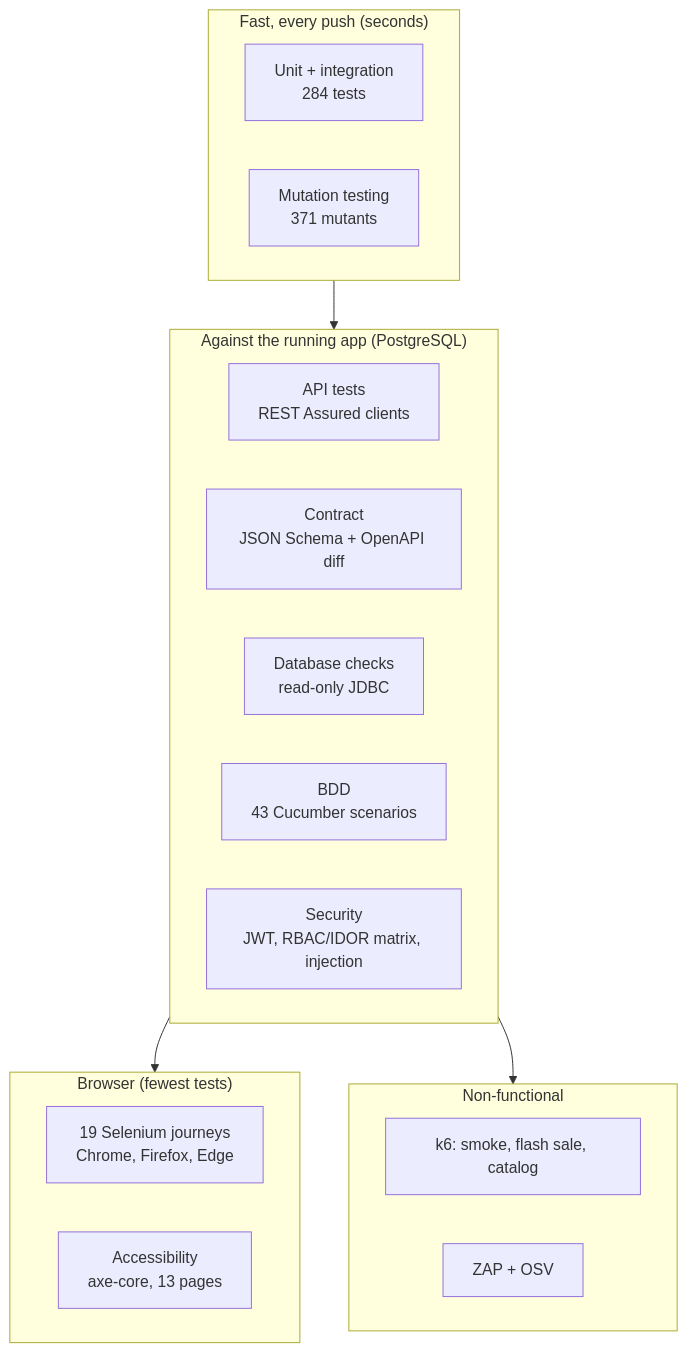
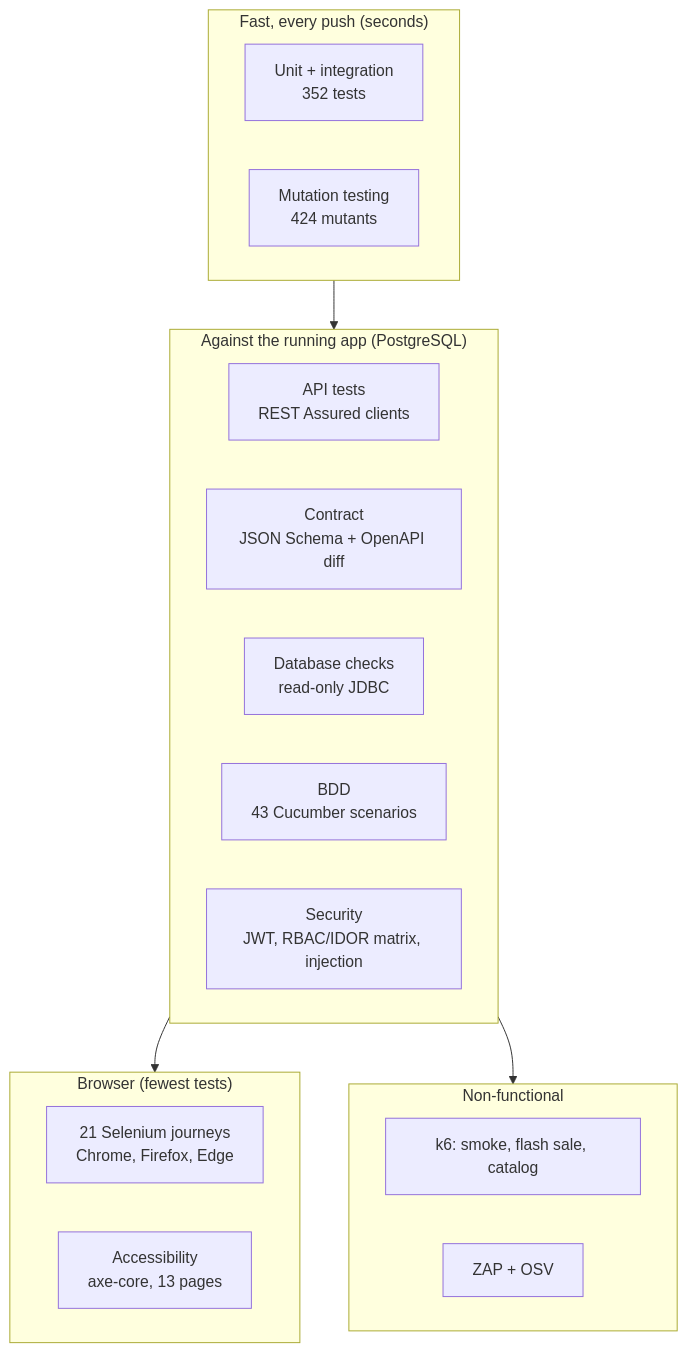
Before and after one commit to rbchy/RbcTcsWorld: the first of 2 diagrams in README.md, drawn with Mermaid. The commit also changed other lines of this file and 1 other file, not shown here.

First line of the commit message:
README and test summary: 662 tests, 98.0 % / 91.9 % coverage, 89.2 % mutation, 71 requirements

````diff
--- a/README.md
+++ b/README.md
@@ -68,24 +68,24 @@
 ```mermaid
 flowchart TB
   subgraph fast["Fast, every push (seconds)"]
-    U["Unit + integration<br/>284 tests"]
-    M["Mutation testing<br/>371 mutants"]
+    U["Unit + integration<br/>352 tests"]
+    M["Mutation testing<br/>424 mutants"]
   end
   subgraph service["Against the running app (PostgreSQL)"]
     A["API tests<br/>REST Assured clients"]
     C["Contract<br/>JSON Schema + OpenAPI diff"]
     D["Database checks<br/>read-only JDBC"]
     B["BDD<br/>43 Cucumber scenarios"]
     S["Security<br/>JWT, RBAC/IDOR matrix, injection"]
   end
   subgraph ui["Browser (fewest tests)"]
-    W["19 Selenium journeys<br/>Chrome, Firefox, Edge"]
+    W["21 Selenium journeys<br/>Chrome, Firefox, Edge"]
     X["Accessibility<br/>axe-core, 13 pages"]
   end
   subgraph nonfunc["Non-functional"]
     K["k6: smoke, flash sale, catalog"]
     Z["ZAP + OSV"]
   end
   fast --> service --> ui
   service --> nonfunc
 ```
````
